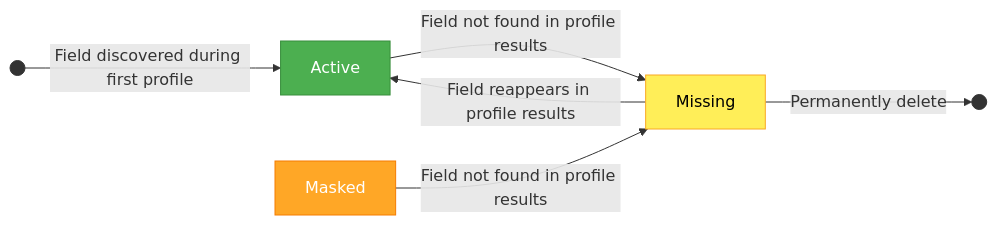
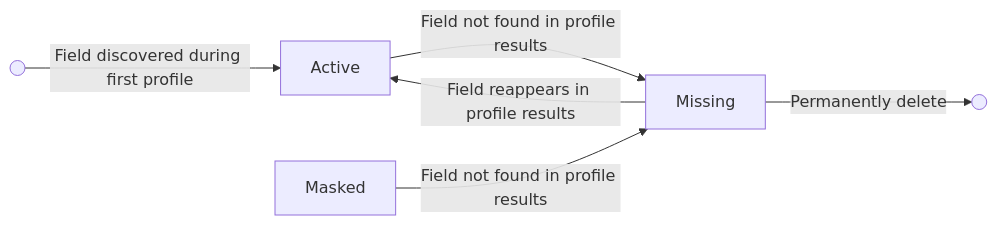
Before and after one commit to Qualytics/userguide: the second of 2 diagrams in docs/fields/field-status/concepts/field-status-lifecycle.md, drawn with Mermaid. The commit also changed other lines of this file and 89 other files, not shown here.

````diff
--- a/docs/fields/field-status/concepts/field-status-lifecycle.md
+++ b/docs/fields/field-status/concepts/field-status-lifecycle.md
@@ -27,16 +23,10 @@
 ```mermaid
 flowchart LR
     Start(( )) -- Field discovered during first profile --> Active
 
     Active -- Field not found in profile results --> Missing
     Masked -- Field not found in profile results --> Missing
     Missing -- Field reappears in profile results --> Active
 
     Missing -- Permanently delete --> End(( ))
-
-    style Active fill:#4CAF50,color:#fff,stroke:#388E3C
-    style Masked fill:#FFA726,color:#fff,stroke:#F57C00
-    style Missing fill:#FFEE58,color:#000,stroke:#F9A825
-    style Start fill:#333,stroke:#333
-    style End fill:#333,stroke:#333
 ```
````
